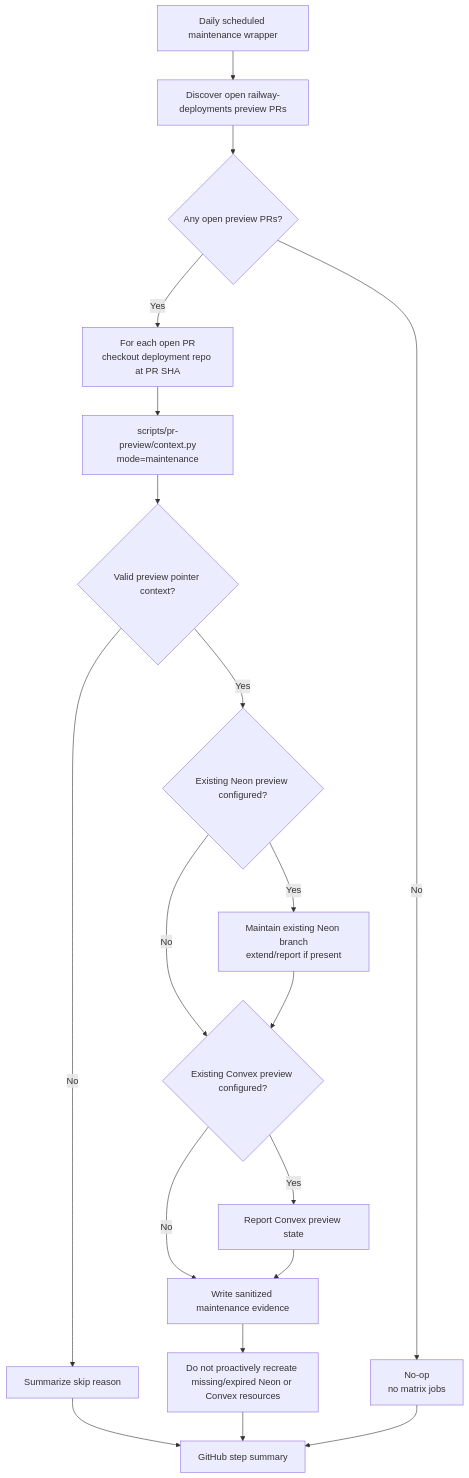
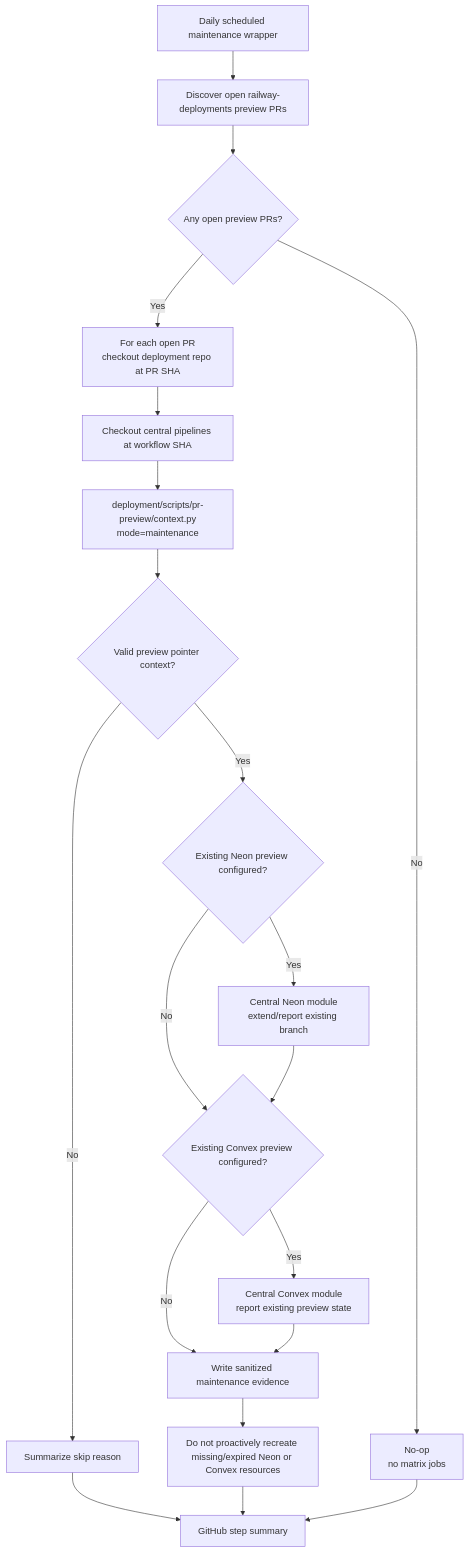
One commit to Limitless-Enterprise/pipelines changed the seventh of 7 diagrams in docs/pr-preview-pipelines.md. Above: the diagram before and after it, drawn with Mermaid. The commit also changed other lines of this file and 11 other files, not shown here.

````diff
--- a/docs/pr-preview-pipelines.md
+++ b/docs/pr-preview-pipelines.md
@@ -281,21 +287,22 @@
 ```mermaid
 flowchart TD
   Schedule["Daily scheduled maintenance wrapper"] --> Discover["Discover open railway-deployments preview PRs"]
   Discover --> Matrix{"Any open preview PRs?"}
   Matrix -->|No| DoneNoop["No-op\nno matrix jobs"]
   Matrix -->|Yes| ForEach["For each open PR\ncheckout deployment repo at PR SHA"]
-  ForEach --> Context["scripts/pr-preview/context.py\nmode=maintenance"]
+  ForEach --> CheckoutPipelines["Checkout central pipelines at workflow SHA"]
+  CheckoutPipelines --> Context["deployment/scripts/pr-preview/context.py\nmode=maintenance"]
   Context --> ShouldRun{"Valid preview pointer context?"}
   ShouldRun -->|No| SummarizeSkip["Summarize skip reason"]
   ShouldRun -->|Yes| NeonGate{"Existing Neon preview configured?"}
-  NeonGate -->|Yes| MaintainNeon["Maintain existing Neon branch\nextend/report if present"]
+  NeonGate -->|Yes| MaintainNeon["Central Neon module\nextend/report existing branch"]
   NeonGate -->|No| ConvexGate
   MaintainNeon --> ConvexGate{"Existing Convex preview configured?"}
-  ConvexGate -->|Yes| ReportConvex["Report Convex preview state"]
+  ConvexGate -->|Yes| ReportConvex["Central Convex module\nreport existing preview state"]
   ConvexGate -->|No| Evidence
   ReportConvex --> Evidence["Write sanitized maintenance evidence"]
   Evidence --> NoRecreate["Do not proactively recreate missing/expired Neon or Convex resources"]
   SummarizeSkip --> Summary["GitHub step summary"]
   NoRecreate --> Summary
   DoneNoop --> Summary
 ```
````
